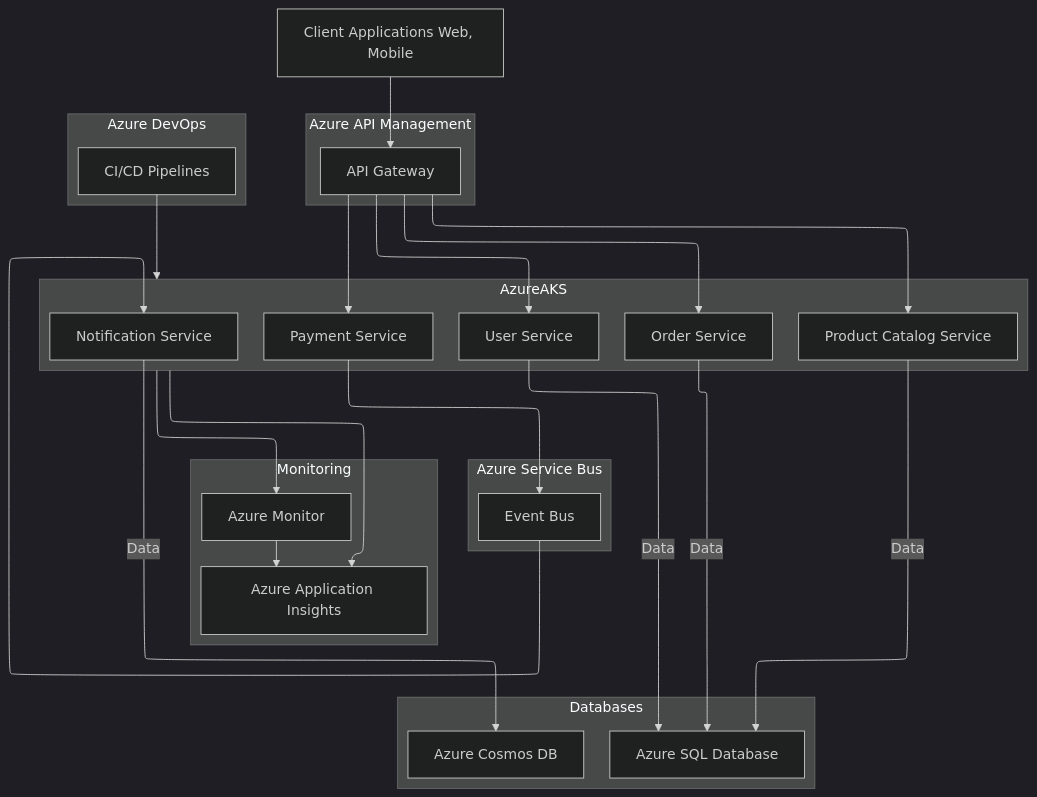
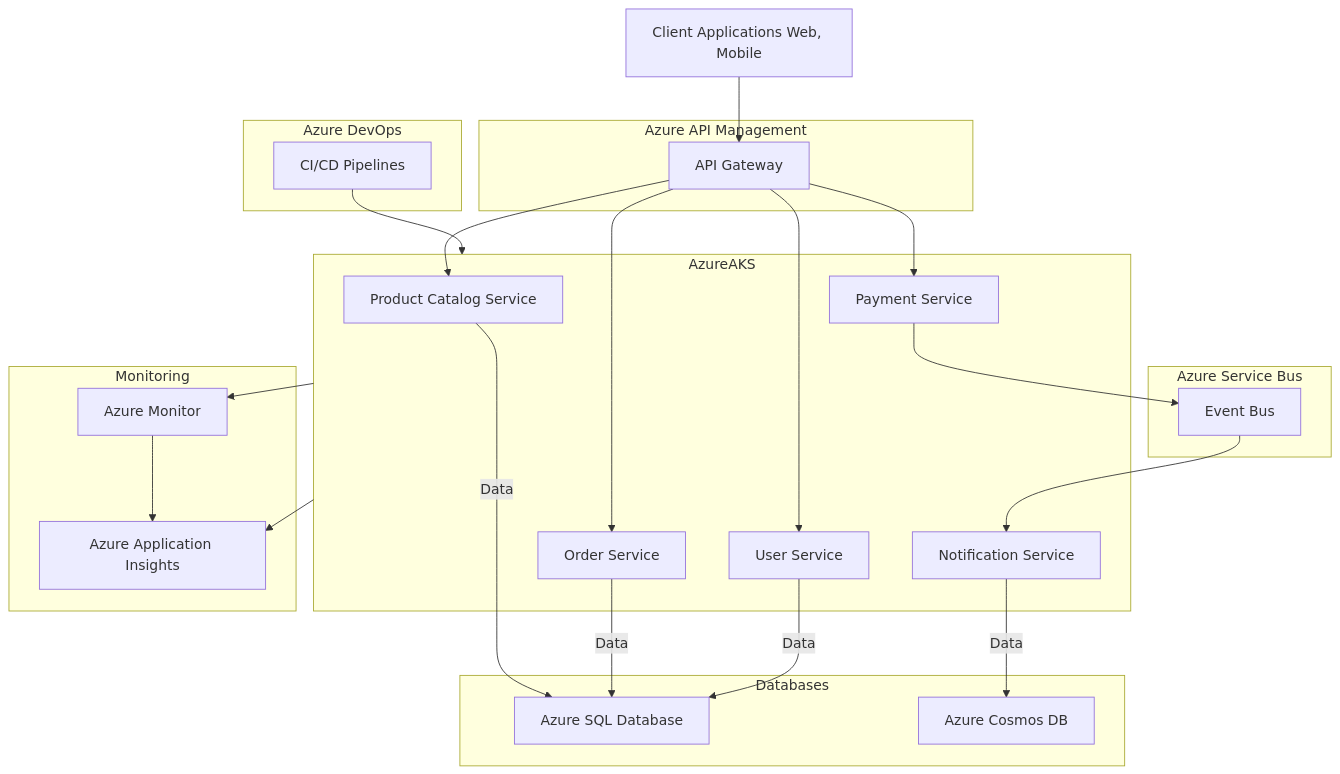
Before and after one commit to oigbokwe73/Azure-Cloud-Architect-Knowledge-Base: the first of 10 diagrams in Azure_Reference_Architecture_Solutions.md, drawn with Mermaid.

````diff
--- a/Azure_Reference_Architecture_Solutions.md
+++ b/Azure_Reference_Architecture_Solutions.md
@@ -42,43 +42,38 @@
 ```mermaid
----
-config:
-  theme: dark
-  layout: elk
----
 flowchart TD
  subgraph AzureAKS["AzureAKS"]
         ProductCatalogService["Product Catalog Service"]
         OrderService["Order Service"]
         PaymentService["Payment Service"]
         UserService["User Service"]
         NotificationService["Notification Service"]
   end
  subgraph subGraph1["Azure API Management"]
         APIGateway["API Gateway"]
   end
  subgraph subGraph2["Azure DevOps"]
         CICD["CI/CD Pipelines"]
   end
  subgraph subGraph3["Azure Service Bus"]
         EventBus["Event Bus"]
   end
  subgraph Databases["Databases"]
         SQLDB["Azure SQL Database"]
         CosmosDB["Azure Cosmos DB"]
   end
  subgraph Monitoring["Monitoring"]
         Monitor["Azure Monitor"]
         AppInsights["Azure Application Insights"]
   end
     Client["Client Applications Web, Mobile"] --> APIGateway
     CICD --> AzureAKS
     APIGateway --> ProductCatalogService & OrderService & PaymentService & UserService
     ProductCatalogService -- Data --> SQLDB
     OrderService -- Data --> SQLDB
     UserService -- Data --> SQLDB
     PaymentService --> EventBus
     EventBus --> NotificationService
     NotificationService -- Data --> CosmosDB
     Monitor --> AppInsights
     AzureAKS --> Monitor & AppInsights
 ```
````
